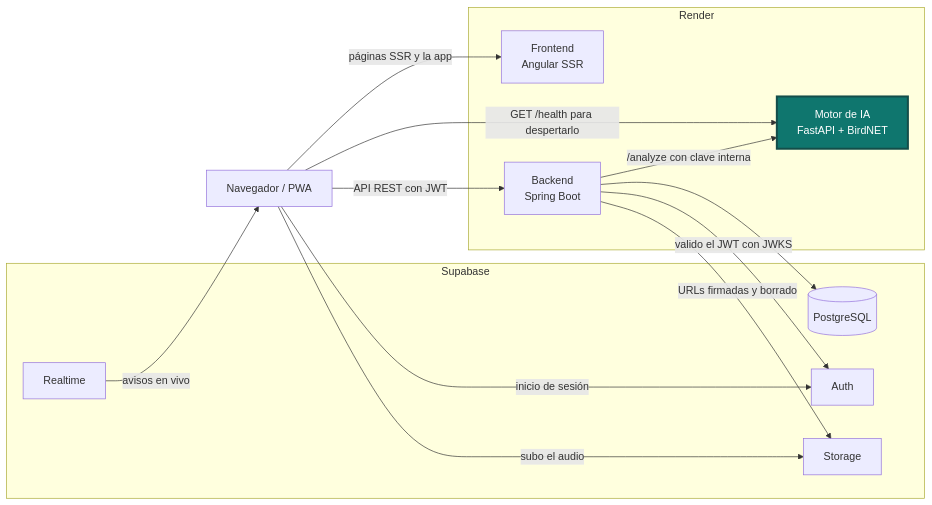
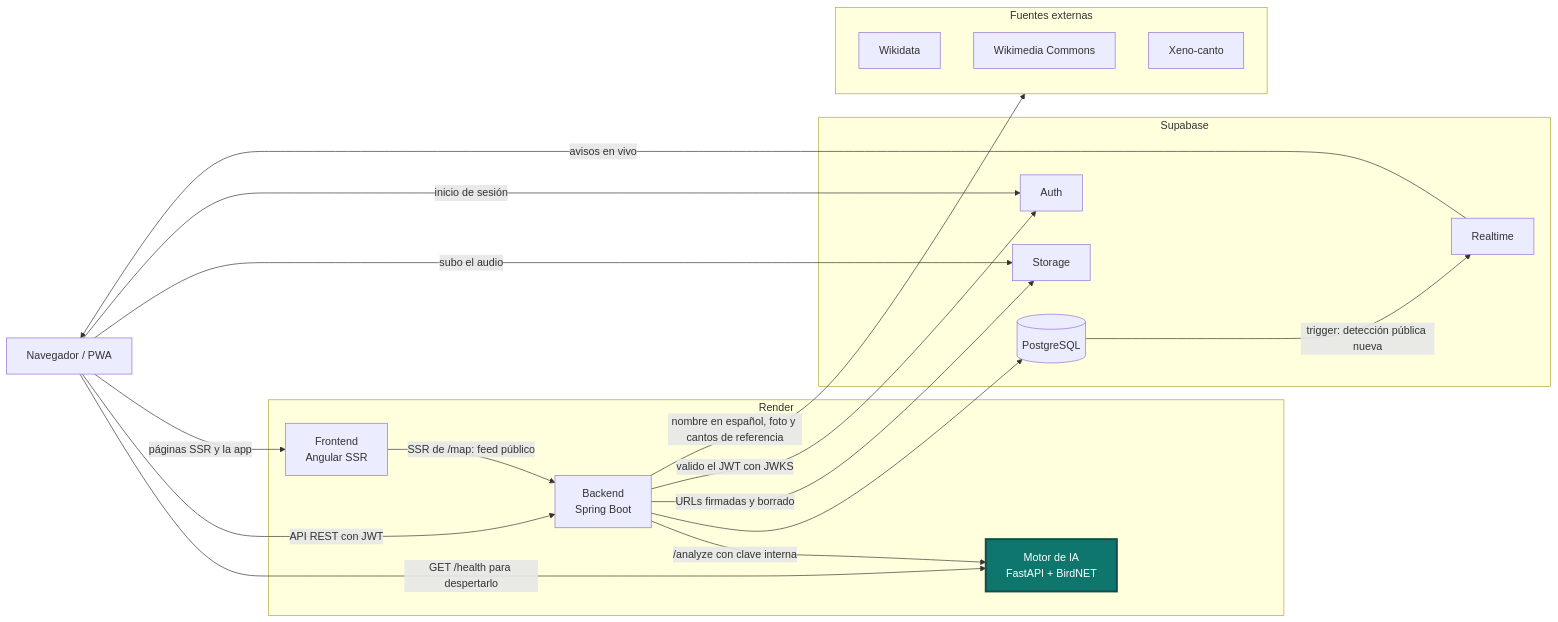
One commit to solartedaniers/AlaSonora-IA changed the first of 2 diagrams in README.md. Above: the diagram before and after it, drawn with Mermaid. The commit also changed other lines of this file, not shown here.

````diff
--- a/README.md
+++ b/README.md
@@ -54,27 +54,35 @@
 ```mermaid
 flowchart LR
   user["Navegador / PWA"]
   subgraph render["Render"]
     fe["Frontend<br/>Angular SSR"]
     be["Backend<br/>Spring Boot"]
     ia["Motor de IA<br/>FastAPI + BirdNET"]
   end
   subgraph supabase["Supabase"]
     db[("PostgreSQL")]
     auth["Auth"]
     storage["Storage"]
     realtime["Realtime"]
   end
+  subgraph external["Fuentes externas"]
+    wikidata["Wikidata"]
+    commons["Wikimedia Commons"]
+    xenocanto["Xeno-canto"]
+  end
   user -->|páginas SSR y la app| fe
   user -->|API REST con JWT| be
   user -->|"GET /health para despertarlo"| ia
   user -->|inicio de sesión| auth
   user -->|subo el audio| storage
   realtime -->|avisos en vivo| user
   be -->|"/analyze con clave interna"| ia
   be --> db
   be -->|valido el JWT con JWKS| auth
   be -->|URLs firmadas y borrado| storage
+  fe -->|"SSR de /map: feed público"| be
+  db -->|"trigger: detección pública nueva"| realtime
+  be -->|"nombre en español, foto y cantos de referencia"| external
   classDef current fill:#0f766e,stroke:#134e4a,stroke-width:3px,color:#ffffff
   class ia current
 ```
````
